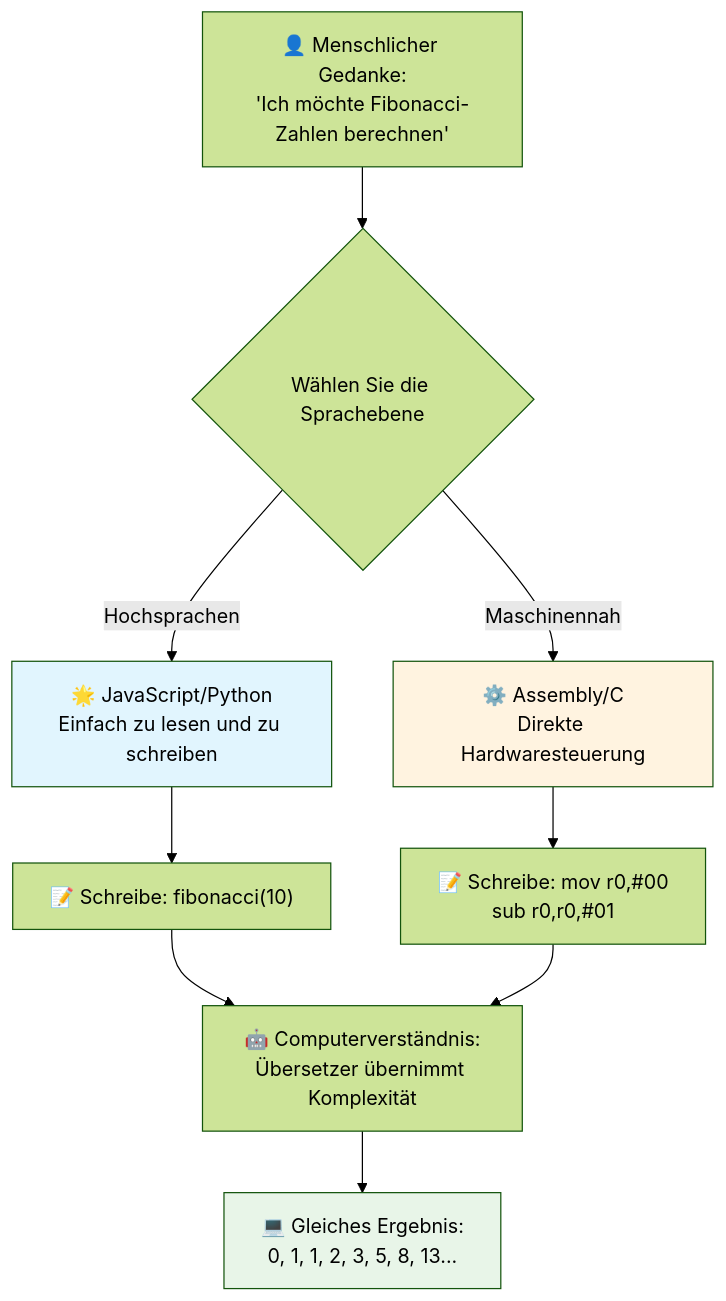
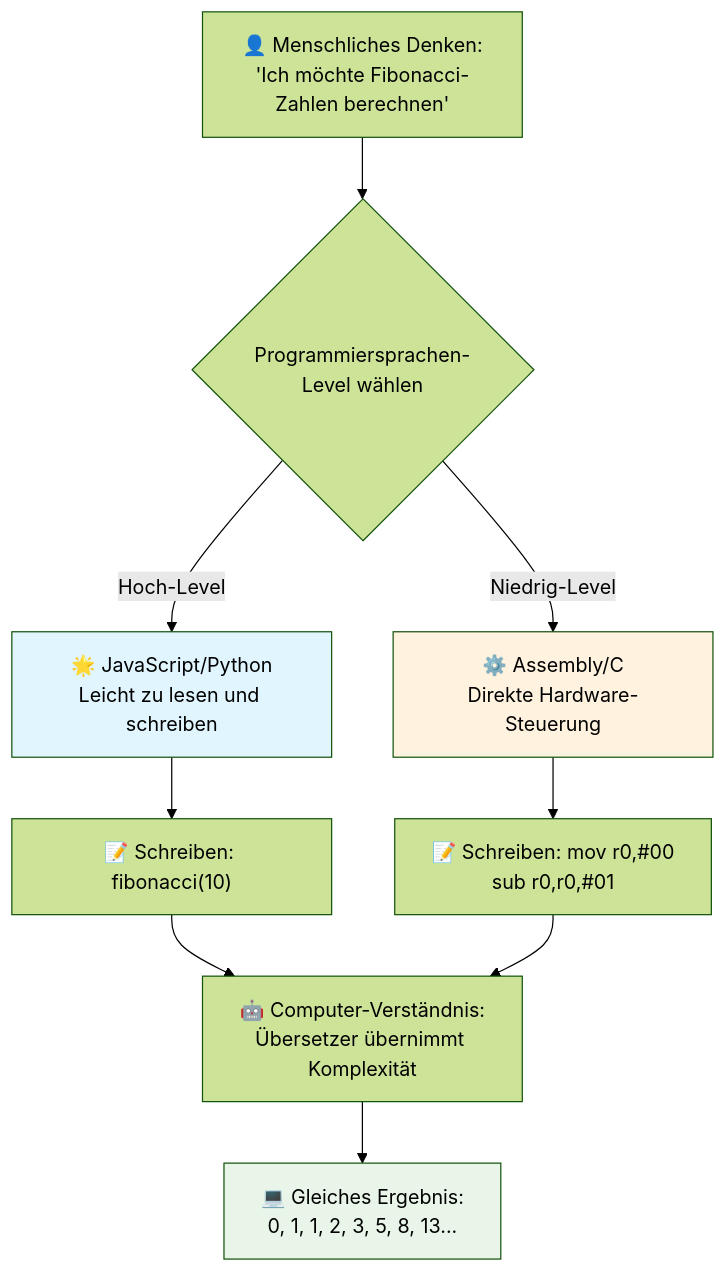
The third of 7 diagrams in translations/de/1-getting-started-lessons/1-intro-to-programming-languages/README.md (microsoft/Web-Dev-For-Beginners), drawn with Mermaid (forest theme) before and after one commit. The commit also changed other lines of this file and 8 other files, not shown here.

````diff
--- a/translations/de/1-getting-started-lessons/1-intro-to-programming-languages/README.md
+++ b/translations/de/1-getting-started-lessons/1-intro-to-programming-languages/README.md
@@ -147,19 +148,19 @@
 ```mermaid
 flowchart TB
-    A["👤 Menschlicher Gedanke:<br/>'Ich möchte Fibonacci-Zahlen berechnen'"] --> B{Wählen Sie die Sprachebene}
+    A["👤 Menschliches Denken:<br/>'Ich möchte Fibonacci-Zahlen berechnen'"] --> B{Programmiersprachen-Level wählen}
     
-    B -->|Hochsprachen| C["🌟 JavaScript/Python<br/>Einfach zu lesen und zu schreiben"]
-    B -->|Maschinennah| D["⚙️ Assembly/C<br/>Direkte Hardwaresteuerung"]
+    B -->|Hoch-Level| C["🌟 JavaScript/Python<br/>Leicht zu lesen und schreiben"]
+    B -->|Niedrig-Level| D["⚙️ Assembly/C<br/>Direkte Hardware-Steuerung"]
     
-    C --> E["📝 Schreibe: fibonacci(10)"]
-    D --> F["📝 Schreibe: mov r0,#00<br/>sub r0,r0,#01"]
+    C --> E["📝 Schreiben: fibonacci(10)"]
+    D --> F["📝 Schreiben: mov r0,#00<br/>sub r0,r0,#01"]
     
-    E --> G["🤖 Computerverständnis:<br/>Übersetzer übernimmt Komplexität"]
+    E --> G["🤖 Computer-Verständnis:<br/>Übersetzer übernimmt Komplexität"]
     F --> G
     
     G --> H["💻 Gleiches Ergebnis:<br/>0, 1, 1, 2, 3, 5, 8, 13..."]
     
     style C fill:#e1f5fe
     style D fill:#fff3e0
     style H fill:#e8f5e8
 ```
````
